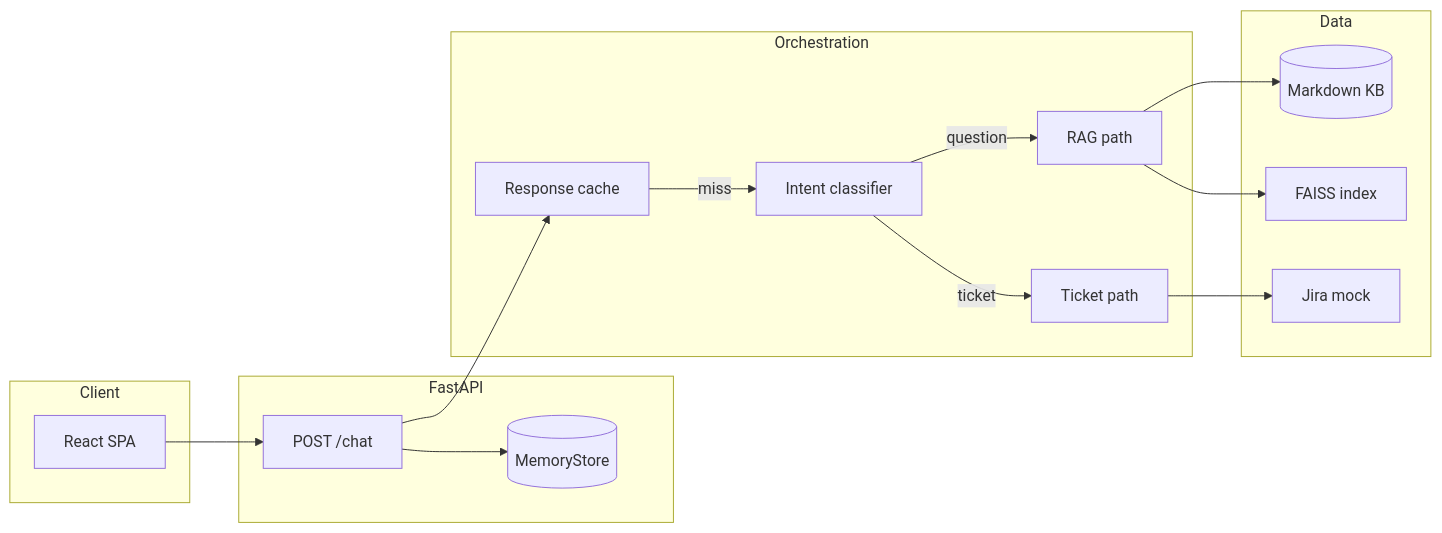
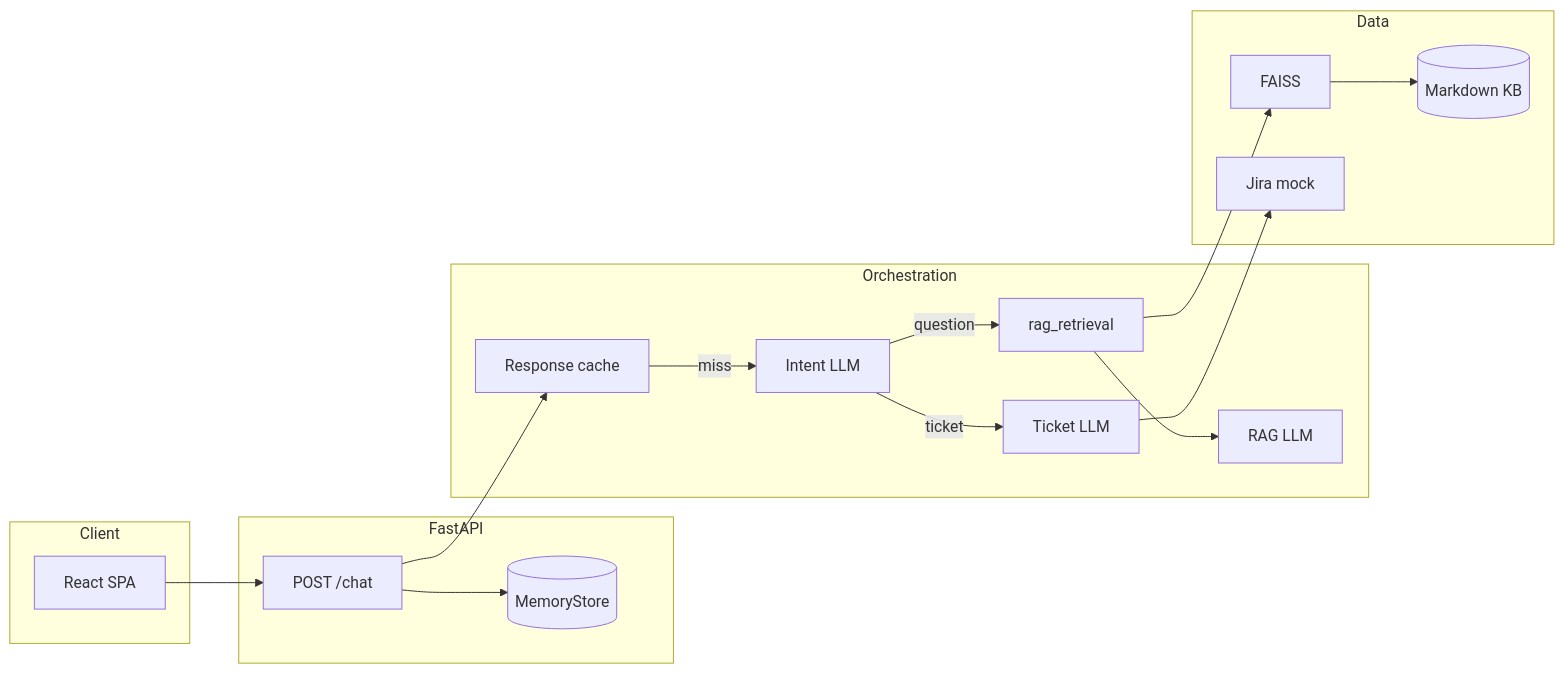
The diagram in README.md (Syedafzal059/customer-support-agent), drawn with Mermaid before and after one commit. The commit also changed other lines of this file and 12 other files, not shown here.

First line of the commit message:
Add LangSmith observability, RAG retrieval tracing, and eval scaffolding

````diff
--- a/README.md
+++ b/README.md
@@ -37,30 +28,32 @@
 ```mermaid
 flowchart LR
   subgraph client [Client]
     UI[React SPA]
   end
   subgraph api [FastAPI]
-    CHAT["POST /chat"]
+    CHAT[POST /chat]
     MEM[(MemoryStore)]
   end
   subgraph brain [Orchestration]
     CACHE[Response cache]
-    INT[Intent classifier]
-    RAG[RAG path]
-    TIX[Ticket path]
+    INT[Intent LLM]
+    RET[rag_retrieval]
+    RAG[RAG LLM]
+    TIX[Ticket LLM]
   end
   subgraph data [Data]
     KB[(Markdown KB)]
-    FAISS[FAISS index]
+    FAISS[FAISS]
     MOCK[Jira mock]
   end
   UI --> CHAT
   CHAT --> MEM
   CHAT --> CACHE
   CACHE -->|miss| INT
-  INT -->|question| RAG
+  INT -->|question| RET
+  RET --> FAISS
+  FAISS --> KB
+  RET --> RAG
   INT -->|ticket| TIX
-  RAG --> KB
-  RAG --> FAISS
   TIX --> MOCK
 ```
````
